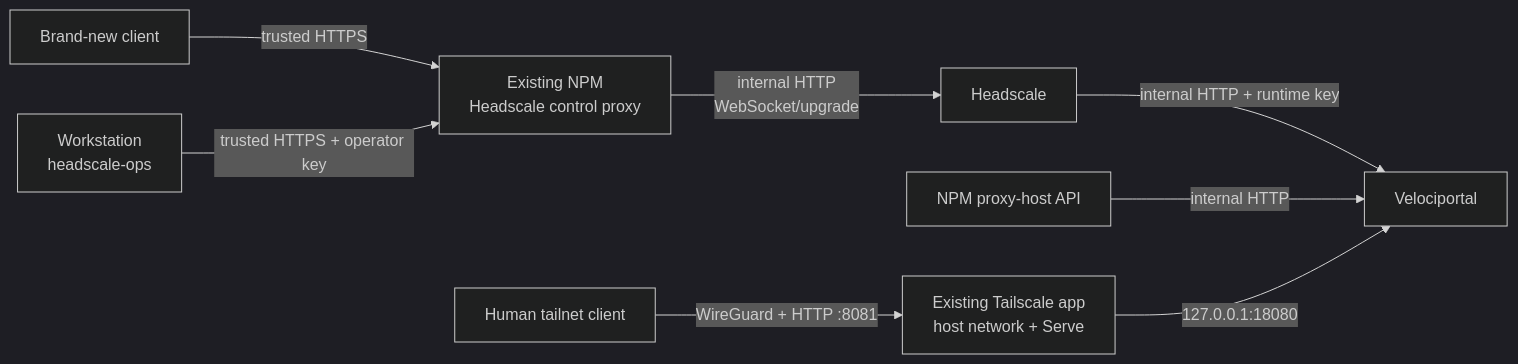
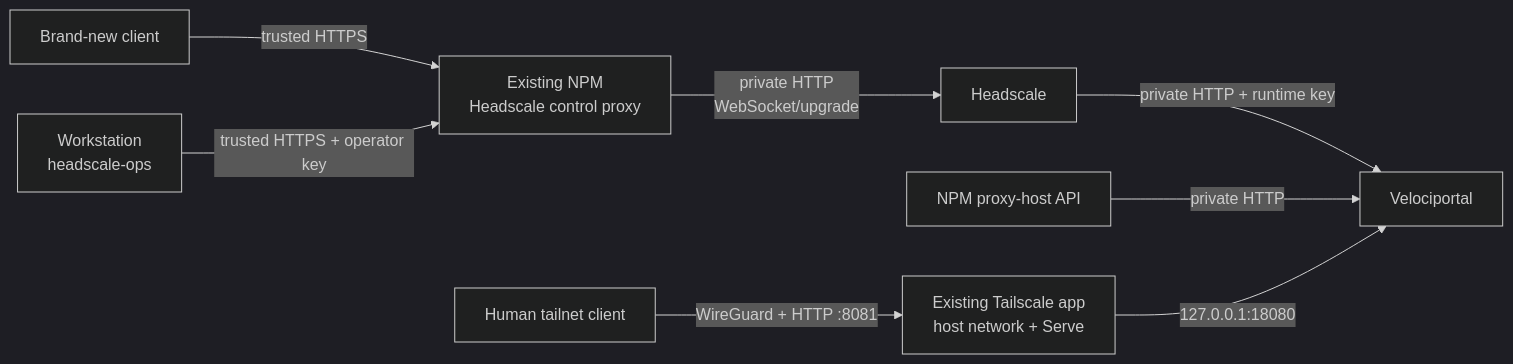
Before and after one commit to cybersader/velociportal: the diagram in docs/guides/truenas-scale.md, drawn with Mermaid (dark theme). The commit also changed other lines of this file and 19 other files, not shown here.

````diff
--- a/docs/guides/truenas-scale.md
+++ b/docs/guides/truenas-scale.md
@@ -12,10 +12,10 @@
 ```mermaid
 flowchart LR
     NewClient["Brand-new client"] -->|"trusted HTTPS"| NPMControl["Existing NPM<br/>Headscale control proxy"]
-    NPMControl -->|"internal HTTP<br/>WebSocket/upgrade"| HS["Headscale"]
+    NPMControl -->|"private HTTP<br/>WebSocket/upgrade"| HS["Headscale"]
     Ops["Workstation<br/>headscale-ops"] -->|"trusted HTTPS + operator key"| NPMControl
-    HS -->|"internal HTTP + runtime key"| VP["Velociportal"]
-    Catalog["NPM proxy-host API"] -->|"internal HTTP"| VP
+    HS -->|"private HTTP + runtime key"| VP["Velociportal"]
+    Catalog["NPM proxy-host API"] -->|"private HTTP"| VP
     Human["Human tailnet client"] -->|"WireGuard + HTTP :8081"| Serve["Existing Tailscale app<br/>host network + Serve"]
     Serve -->|"127.0.0.1:18080"| VP
 ```
````
